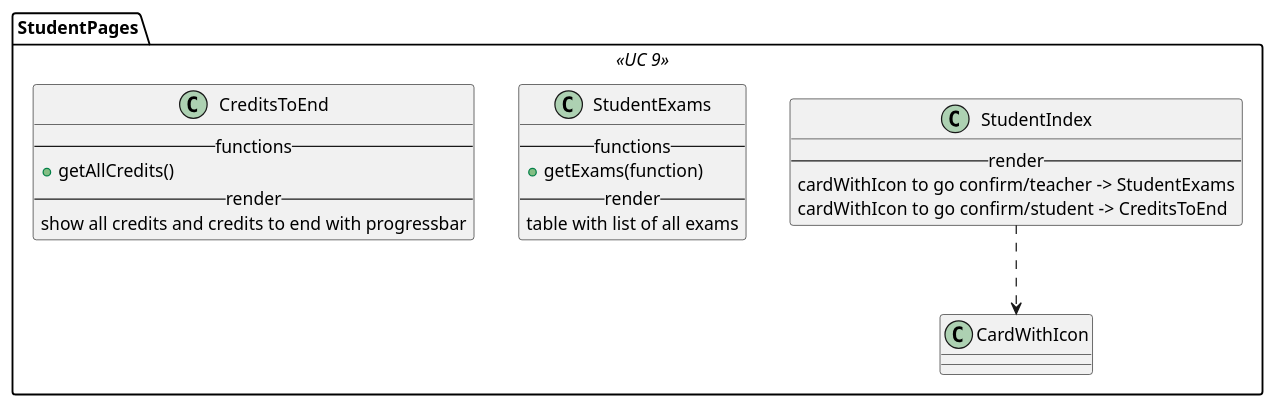
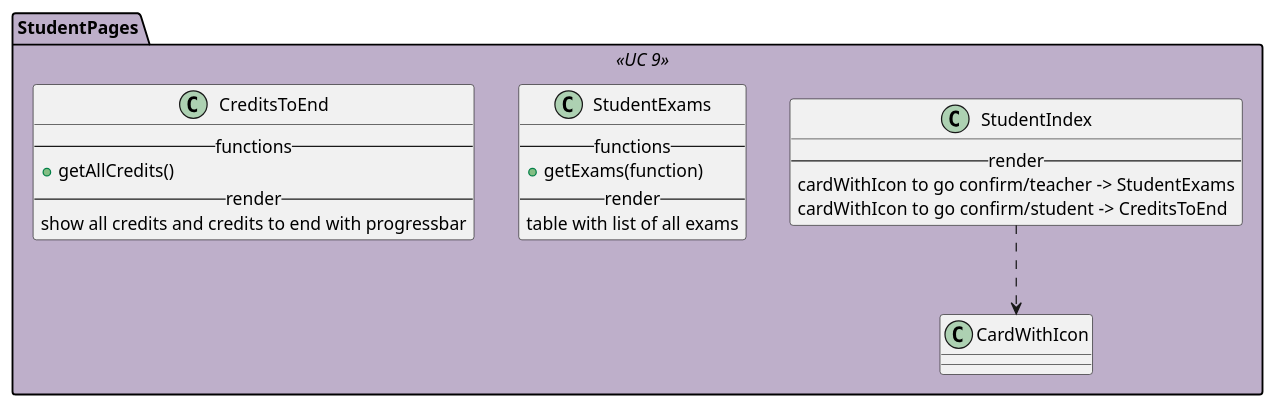
One commit to M9k/Marvin-Uml changed the diagram in react/student/index.iuml. Above: the diagram before and after it, drawn with PlantUML. The commit also changed 4 other files, not shown here.

```diff
--- a/react/student/index.iuml
+++ b/react/student/index.iuml
@@ -1,24 +1,28 @@
+skinparam package<<UC 9>> {
+    backgroundColor #beafca
+}
+
 package StudentPages <<UC 9>> {
 
 class StudentIndex{
     --render--
         cardWithIcon to go confirm/teacher -> StudentExams
         cardWithIcon to go confirm/student -> CreditsToEnd
 }
 StudentIndex ..> CardWithIcon
 
 class StudentExams{
     --functions--
         + getExams(function)
     --render--
         table with list of all exams
 }
 
 class CreditsToEnd{
     --functions--
         +getAllCredits()
     --render--
         show all credits and credits to end with progressbar
 }
 
 }
```
